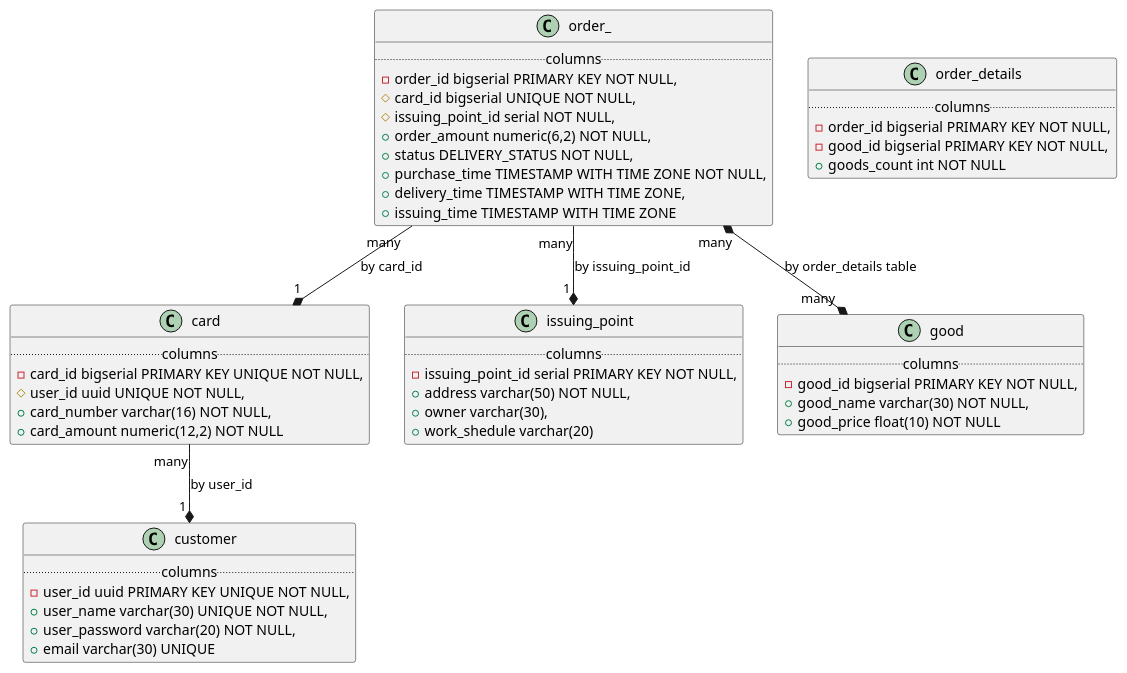
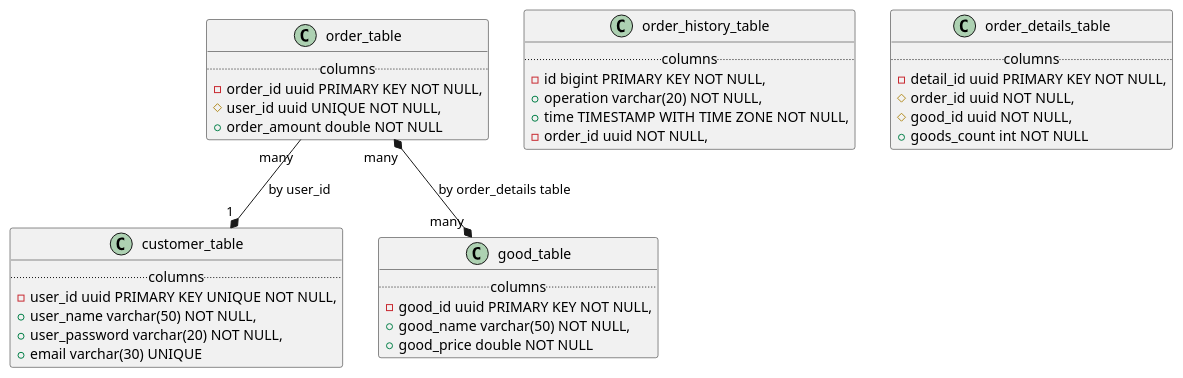
Before and after one commit to ilyazaru515/orderDataGenerator: the diagram in docs/DataSchema.puml, drawn with PlantUML. The commit also changed 56 other files, not shown here.

```diff
--- a/docs/DataSchema.puml
+++ b/docs/DataSchema.puml
@@ -1,57 +1,43 @@
 @startuml
-class customer {
+class customer_table {
 .. columns ..
 {field} -user_id uuid PRIMARY KEY UNIQUE NOT NULL,
-{field} +user_name varchar(30) UNIQUE NOT NULL,
+{field} +user_name varchar(50) NOT NULL,
 {field} +user_password varchar(20) NOT NULL,
 {field} +email varchar(30) UNIQUE
 }
 
-class card {
+class order_table {
 .. columns ..
-{field} -card_id bigserial PRIMARY KEY UNIQUE NOT NULL,
+{field} -order_id uuid PRIMARY KEY NOT NULL,
 {field} #user_id uuid UNIQUE NOT NULL,
-{field} +card_number varchar(16) NOT NULL,
-{field} +card_amount numeric(12,2) NOT NULL
+{field} +order_amount double NOT NULL
 }
 
-class order_ {
+class good_table {
 .. columns ..
-{field} -order_id bigserial PRIMARY KEY NOT NULL,
-{field} #card_id bigserial UNIQUE NOT NULL,
-{field} #issuing_point_id serial NOT NULL,
-{field} +order_amount numeric(6,2) NOT NULL,
-{field} +status DELIVERY_STATUS NOT NULL,
-{field} +purchase_time TIMESTAMP WITH TIME ZONE NOT NULL,
-{field} +delivery_time TIMESTAMP WITH TIME ZONE,
-{field} +issuing_time TIMESTAMP WITH TIME ZONE
+{field} -good_id uuid PRIMARY KEY NOT NULL,
+{field} +good_name varchar(50) NOT NULL,
+{field} +good_price double NOT NULL
 }
 
-class issuing_point {
+class order_history_table {
 .. columns ..
-{field} -issuing_point_id serial PRIMARY KEY NOT NULL,
-{field} +address varchar(50) NOT NULL,
-{field} +owner varchar(30),
-{field} +work_shedule varchar(20)
+{field} -id bigint PRIMARY KEY NOT NULL,
+{field} +operation varchar(20) NOT NULL,
+{field} +time TIMESTAMP WITH TIME ZONE NOT NULL,
+{field} -order_id uuid NOT NULL,
 }
 
-class good {
+class order_details_table {
 .. columns ..
-{field} -good_id bigserial PRIMARY KEY NOT NULL,
-{field} +good_name varchar(30) NOT NULL,
-{field} +good_price float(10) NOT NULL
-}
-
-class order_details {
-.. columns ..
-{field} -order_id bigserial PRIMARY KEY NOT NULL,
-{field} -good_id bigserial PRIMARY KEY NOT NULL,
+{field} -detail_id uuid PRIMARY KEY NOT NULL,
+{field} #order_id uuid NOT NULL,
+{field} #good_id uuid NOT NULL,
 {field} +goods_count int NOT NULL
 }
 
 
-card "many" --* "1 " customer : by user_id
-order_ "many" --* "1 " card : by card_id
-order_ "many" --* "1 " issuing_point : by issuing_point_id
-order_ "many" *--* "many" good : by order_details table
+order_table "many" --* "1 " customer_table : by user_id
+order_table "many" *--* "many" good_table : by order_details table
 @enduml
```
